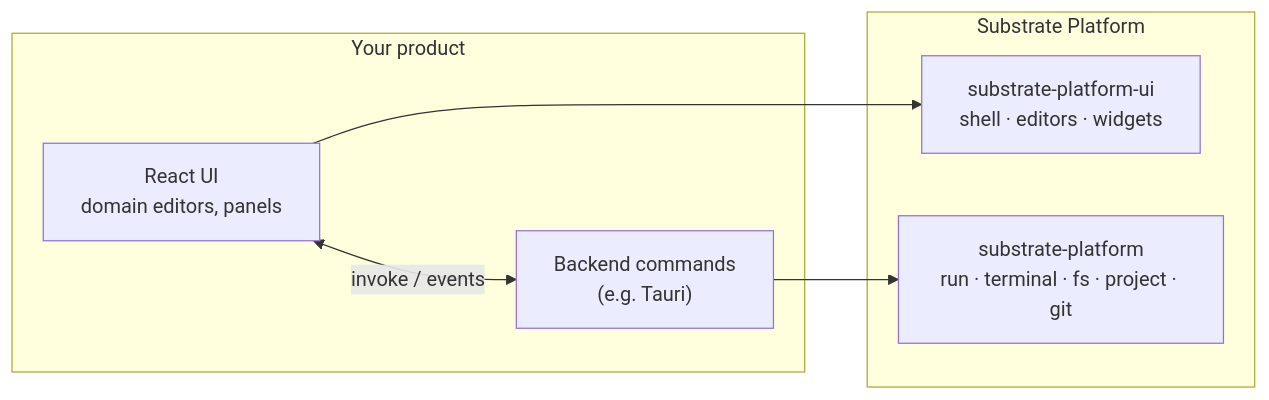
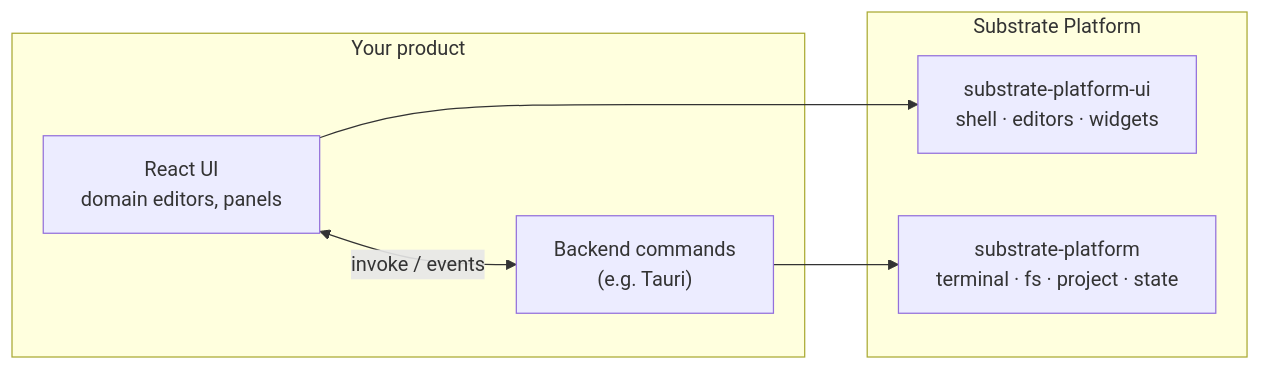
One commit to F000NKKK/Substrate-Platform changed the diagram in README.md. Above: the diagram before and after it, drawn with Mermaid. The commit also changed other lines of this file and 108 other files, not shown here.

First line of the commit message:
refactor(substrate)!: split process and run into crates

````diff
--- a/README.md
+++ b/README.md
@@ -46,14 +46,14 @@
 ```mermaid
 flowchart LR
     subgraph product["Your product"]
         ui["React UI<br/>domain editors, panels"]
         be["Backend commands<br/>(e.g. Tauri)"]
     end
     subgraph sp["Substrate Platform"]
         spui["substrate-platform-ui<br/>shell · editors · widgets"]
-        sprs["substrate-platform<br/>run · terminal · fs · project · git"]
+        sprs["substrate-platform<br/>terminal · fs · project · state"]
     end
     ui --> spui
     be --> sprs
     ui <-- "invoke / events" --> be
 ```
````
